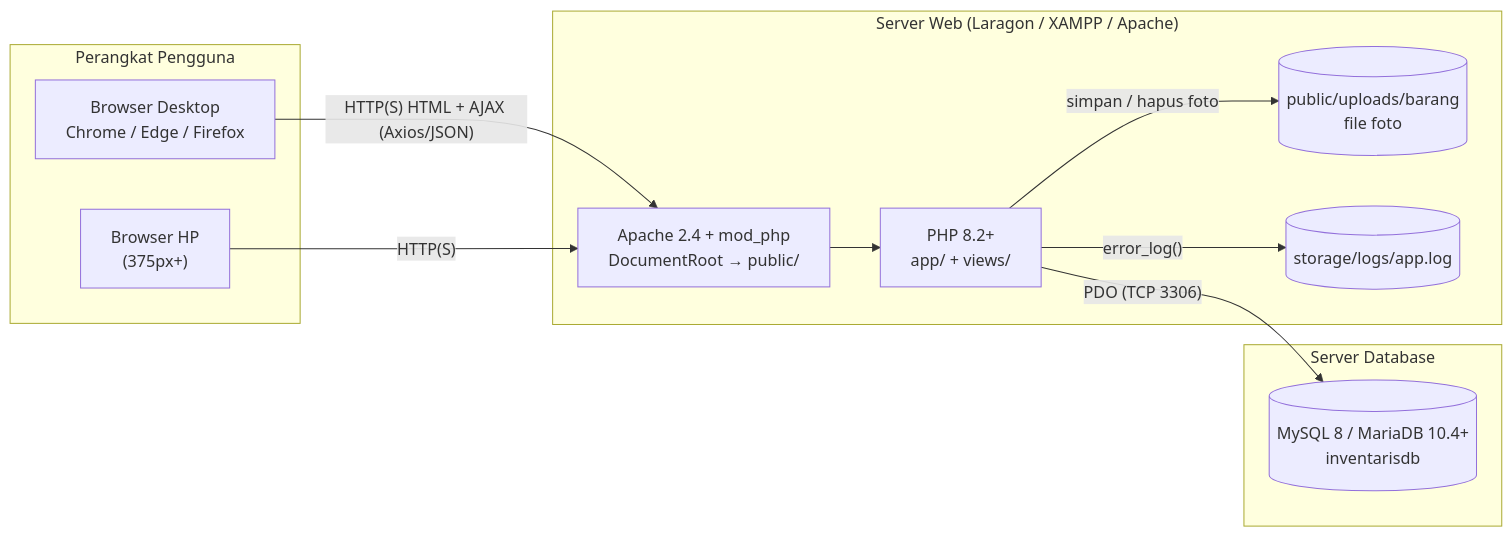
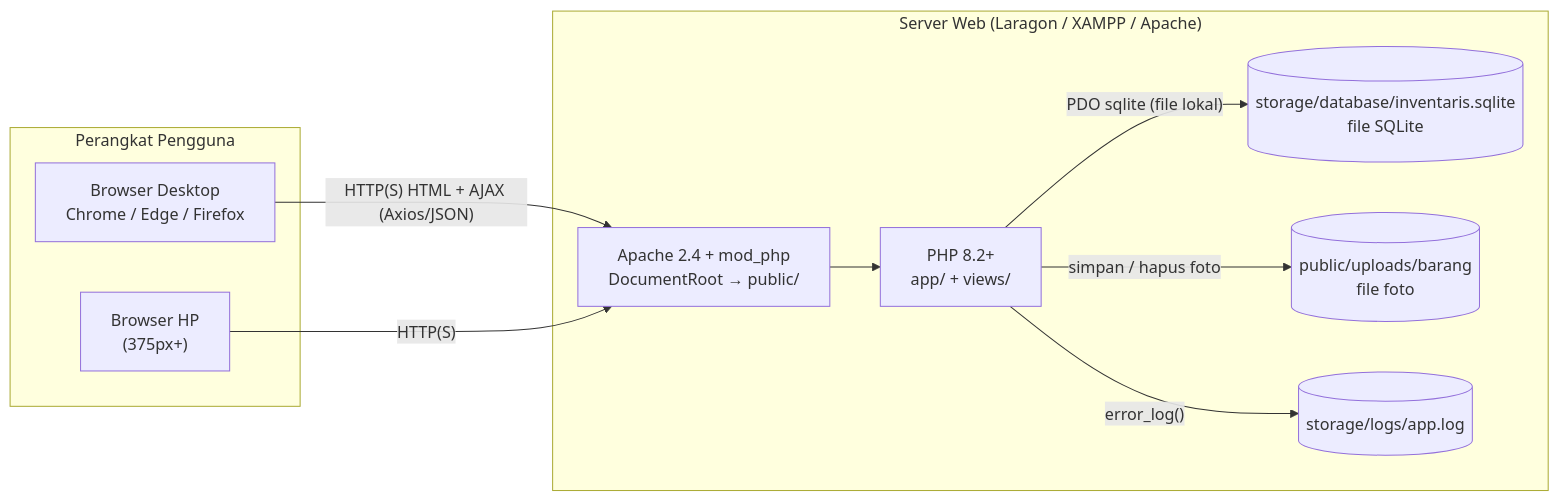
One commit to Pudidil-dev/sistem_inventaris changed the diagram in docs/02-INFRASTRUKTUR.md. Above: the diagram before and after it, drawn with Mermaid. The commit also changed other lines of this file and 14 other files, not shown here.

Commit message:
docs: sesuaikan dokumentasi dengan database SQLite

````diff
--- a/docs/02-INFRASTRUKTUR.md
+++ b/docs/02-INFRASTRUKTUR.md
@@ -10,25 +11,22 @@
 ```mermaid
 flowchart LR
     subgraph Klien["Perangkat Pengguna"]
         B1["Browser Desktop<br/>Chrome / Edge / Firefox"]
         B2["Browser HP<br/>(375px+)"]
     end
 
     subgraph Server["Server Web (Laragon / XAMPP / Apache)"]
         A["Apache 2.4 + mod_php<br/>DocumentRoot → public/"]
         P["PHP 8.2+<br/>app/ + views/"]
+        D[("storage/database/inventaris.sqlite<br/>file SQLite")]
         U[("public/uploads/barang<br/>file foto")]
         L[("storage/logs/app.log")]
-    end
-
-    subgraph DB["Server Database"]
-        M[("MySQL 8 / MariaDB 10.4+<br/>inventarisdb")]
     end
 
     B1 -- "HTTP(S) HTML + AJAX (Axios/JSON)" --> A
     B2 -- "HTTP(S)" --> A
     A --> P
-    P -- "PDO (TCP 3306)" --> M
+    P -- "PDO sqlite (file lokal)" --> D
     P -- "simpan / hapus foto" --> U
     P -- "error_log()" --> L
 ```
````
